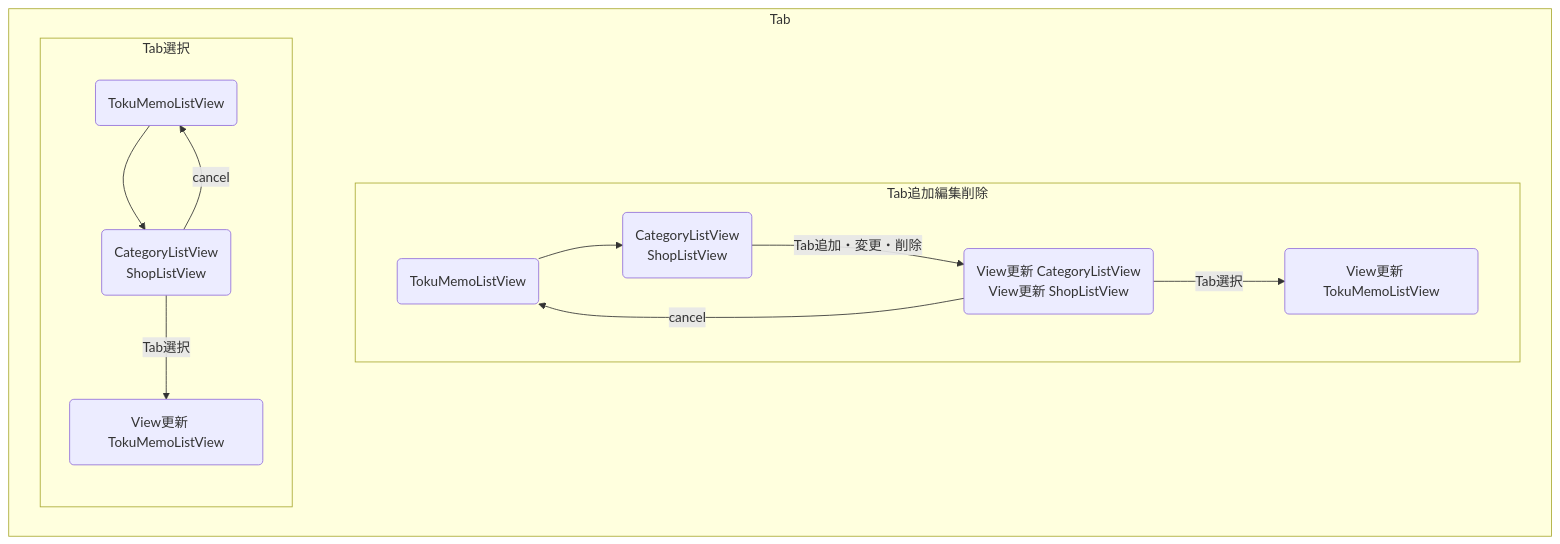
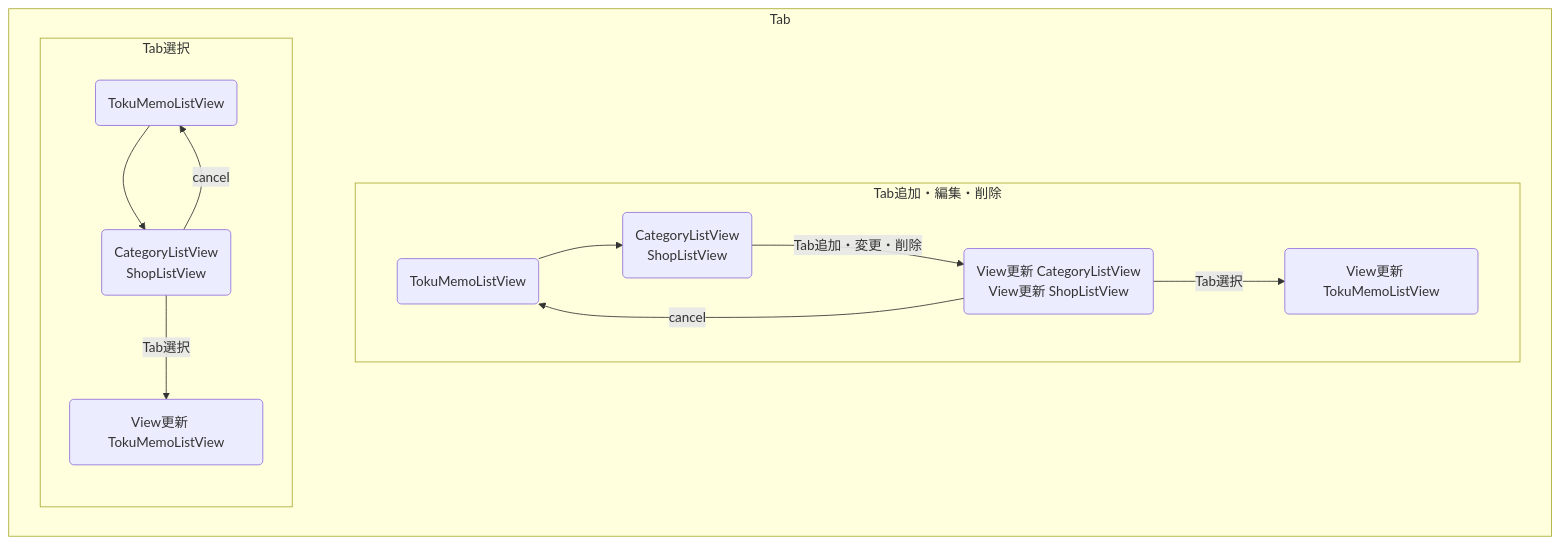
One commit to ymp-a/tokuMemo changed the third of 3 diagrams in README.md. Above: the diagram before and after it, drawn with Mermaid.

Commit message:
Update_6.mermaid #53

````diff
--- a/README.md
+++ b/README.md
@@ -87,25 +87,25 @@
 ```mermaid
 flowchart TD
 
 subgraph Tab
 direction LR
-Tab選択 --- Tab追加編集削除
+a --- b
 linkStyle 0 stroke-width:0px
 end
 
-subgraph Tab選択
+subgraph a[Tab選択]
   1(TokuMemoListView)-->2(CategoryListView<br>ShopListView)--Tab選択-->U(View更新　TokuMemoListView)
   2 --cancel-->1
   
 end
 
-subgraph Tab追加編集削除
+subgraph b["Tab追加・編集・削除"]
   3(TokuMemoListView)-->4(CategoryListView<br>ShopListView)--"Tab追加・変更・削除"-->4'(View更新 CategoryListView<br>View更新 ShopListView)--Tab選択-->U'(View更新　TokuMemoListView)
   4' --cancel-->3
 end
 
 
 
 
 
 ```
````
